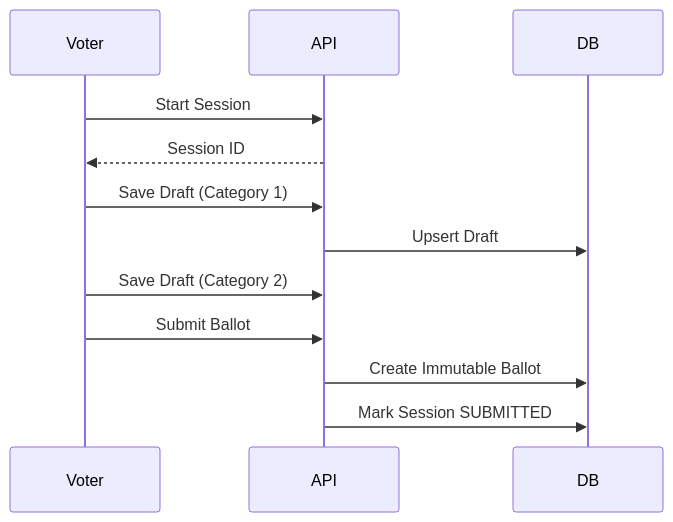
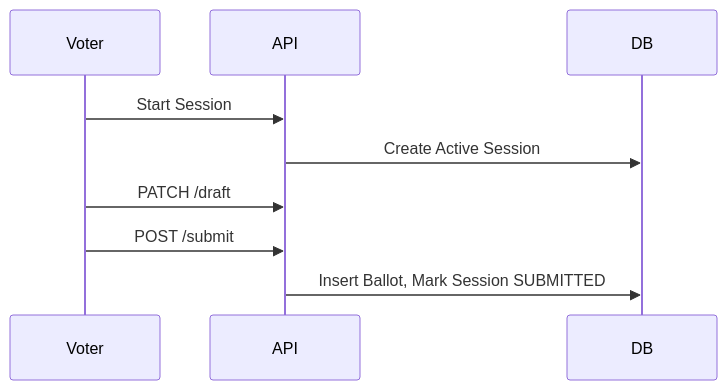
Before and after one commit to SevenCandid/OmniVote: diagram 13 of 15 in docs/architecture/OmniVote_Architecture_v1.1.md, drawn with Mermaid. The commit also changed other lines of this file and 20 other files, not shown here.

````diff
--- a/docs/architecture/OmniVote_Architecture_v1.1.md
+++ b/docs/architecture/OmniVote_Architecture_v1.1.md
@@ -144,14 +323,11 @@
 ```mermaid
 sequenceDiagram
     participant Voter
     participant API
     participant DB
     Voter->>API: Start Session
-    API-->>Voter: Session ID
-    Voter->>API: Save Draft (Category 1)
-    API->>DB: Upsert Draft
-    Voter->>API: Save Draft (Category 2)
-    Voter->>API: Submit Ballot
-    API->>DB: Create Immutable Ballot
-    API->>DB: Mark Session SUBMITTED
+    API->>DB: Create Active Session
+    Voter->>API: PATCH /draft
+    Voter->>API: POST /submit
+    API->>DB: Insert Ballot, Mark Session SUBMITTED
 ```
````
